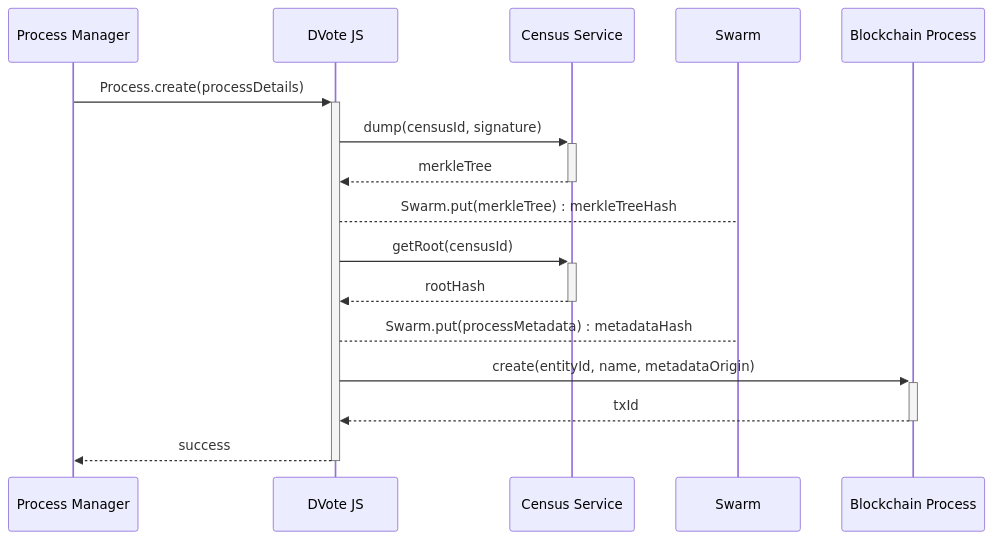
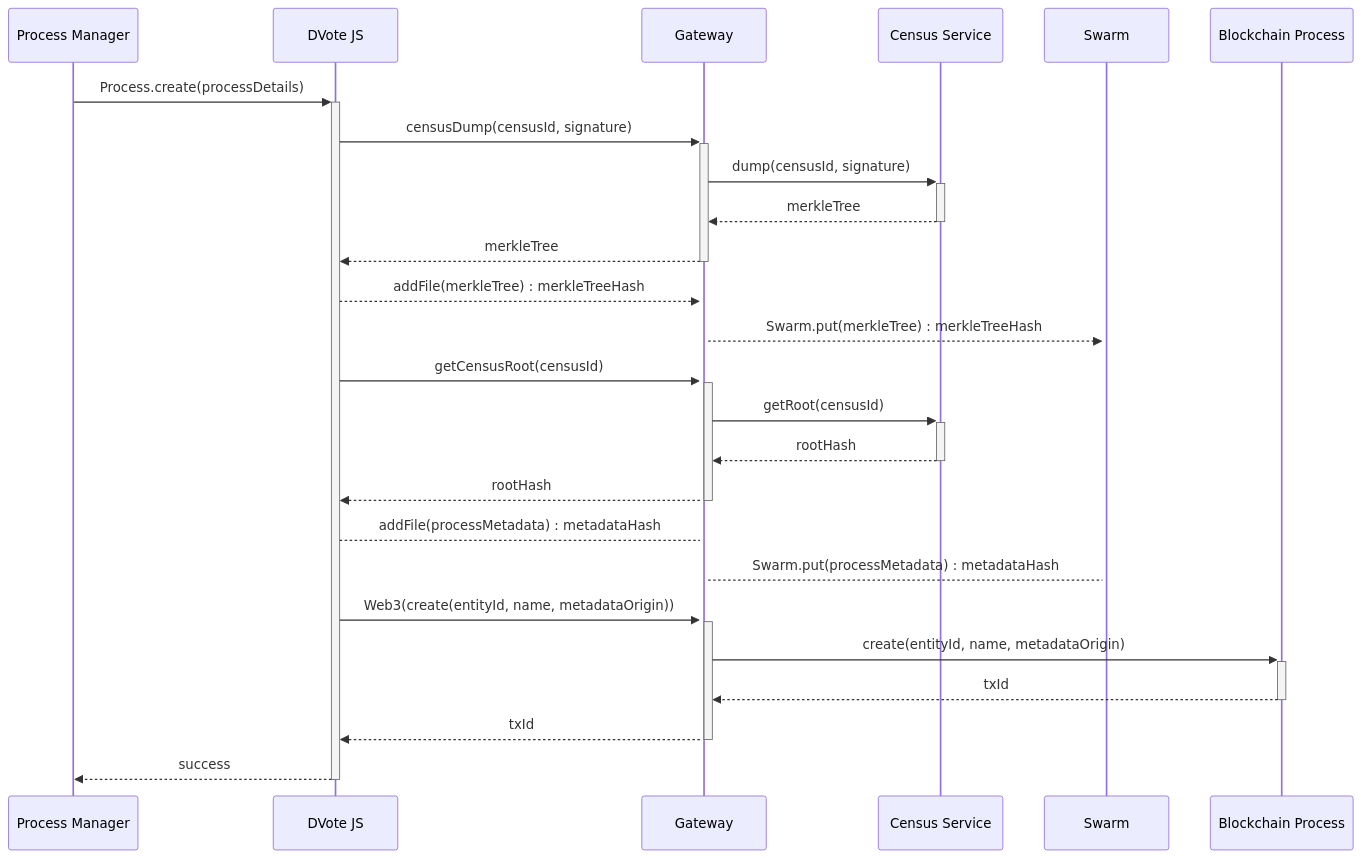
Before and after one commit to vocdoni/docs: the seventh of 15 diagrams in docs/protocol/sequence-diagrams.md, drawn with Mermaid. The commit also changed other lines of this file, not shown here.

Commit message:
modified sequence diagrams to include gateway dependency

````diff
--- a/docs/protocol/sequence-diagrams.md
+++ b/docs/protocol/sequence-diagrams.md
@@ -234,25 +251,34 @@
 ```mermaid
 sequenceDiagram
     participant PM as Process Manager
     participant DV as DVote JS
+    participant GW as Gateway
     participant CS as Census Service
     participant SW as Swarm
     participant BC as Blockchain Process
 
     PM->>+DV: Process.create(processDetails)
 
-        DV->>+CS: dump(censusId, signature)
-        CS-->>-DV: merkleTree
+        DV->>+GW: censusDump(censusId, signature)
+        GW->>+CS: dump(censusId, signature)
+        CS-->>-GW: merkleTree
+        GW-->>-DV: merkleTree
 
-        DV-->SW: Swarm.put(merkleTree) : merkleTreeHash
+        DV-->>+GW: addFile(merkleTree) : merkleTreeHash
+        GW-->>+SW: Swarm.put(merkleTree) : merkleTreeHash
 
-        DV->>+CS: getRoot(censusId)
-        CS-->>-DV: rootHash
+        DV->>+GW: getCensusRoot(censusId)
+        GW->>+CS: getRoot(censusId)
+        CS-->>-GW: rootHash
+        GW-->>-DV: rootHash
 
-        DV-->SW: Swarm.put(processMetadata) : metadataHash
+        DV-->GW: addFile(processMetadata) : metadataHash
+        GW-->SW: Swarm.put(processMetadata) : metadataHash
 
-        DV->>+BC: create(entityId, name, metadataOrigin)
-        BC-->>-DV: txId
+        DV->>+GW: Web3(create(entityId, name, metadataOrigin))
+        GW->>+BC: create(entityId, name, metadataOrigin)
+        BC-->>-GW: txId
+        GW-->>-DV: txId
 
     DV-->>-PM: success
 ```
````
